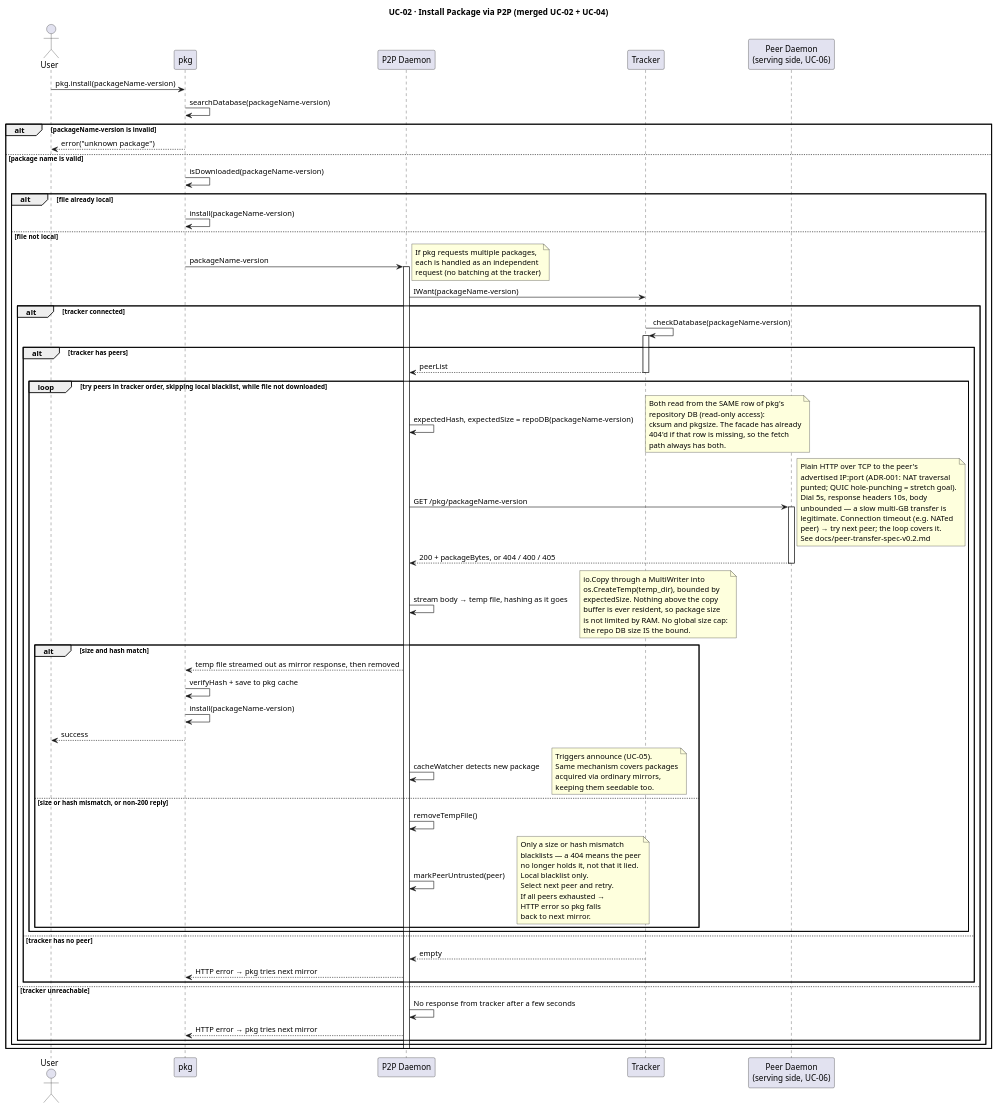
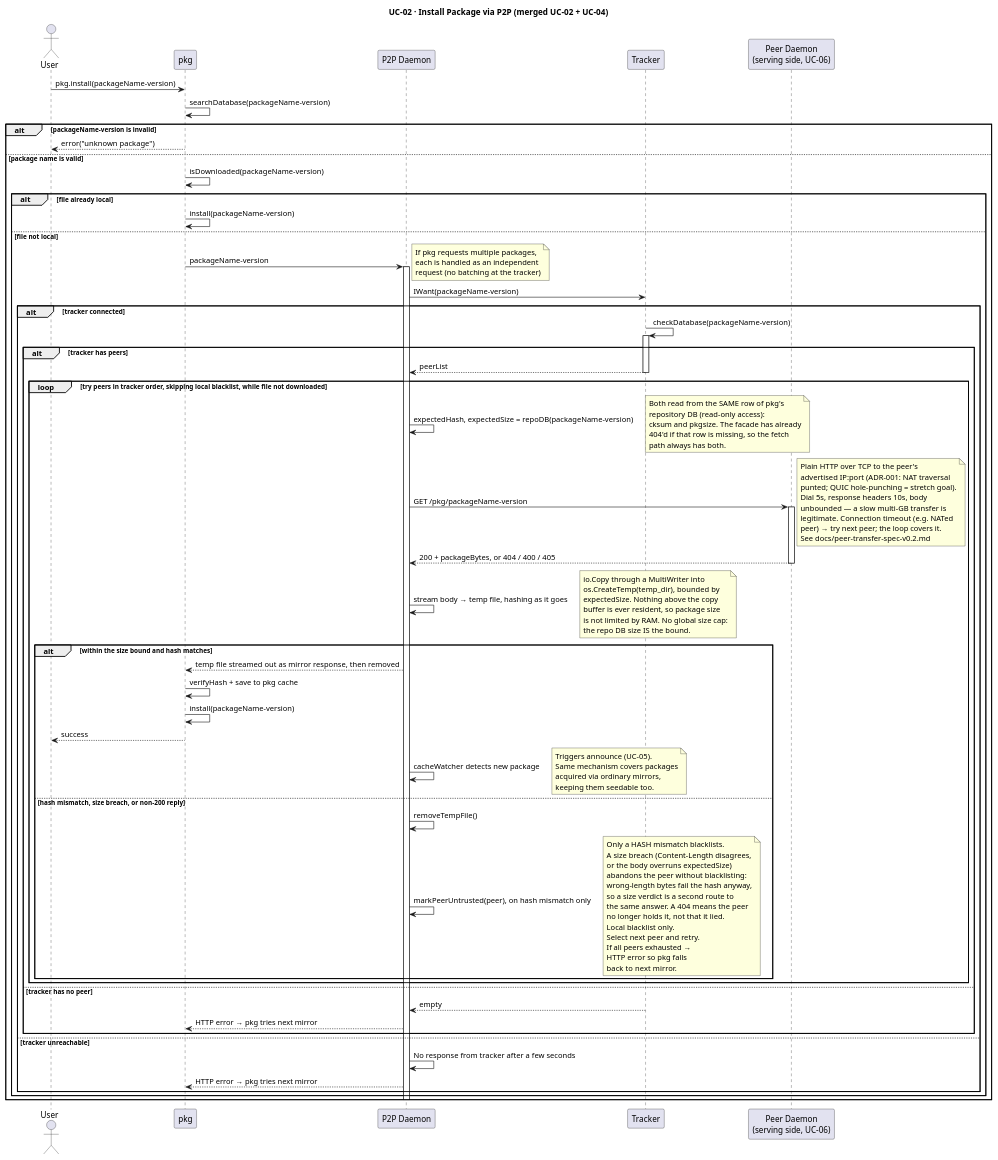
The diagram in docs/uc-02.puml (ndrew222/p2p-pkg-daemon), drawn with PlantUML before and after one commit. The commit also changed 2 other files, not shown here.

```diff
--- a/docs/uc-02.puml
+++ b/docs/uc-02.puml
@@ -1,78 +1,78 @@
 @startuml
 title UC-02 · Install Package via P2P (merged UC-02 + UC-04)
 
 actor User
 participant pkg
 participant "P2P Daemon" as Daemon
 participant "Tracker" as Tracker
 participant "Peer Daemon\n(serving side, UC-06)" as Peer
 
 User -> pkg: pkg.install(packageName-version)
 
 pkg -> pkg: searchDatabase(packageName-version)
 
 alt packageName-version is invalid
     pkg --> User : error("unknown package")
 
 else package name is valid
     pkg -> pkg: isDownloaded(packageName-version)
 
     alt file already local
         pkg -> pkg: install(packageName-version)
 
     else file not local
         pkg -> Daemon: packageName-version
         note right : If pkg requests multiple packages,\neach is handled as an independent\nrequest (no batching at the tracker)
 
         activate Daemon
         Daemon -> Tracker: IWant(packageName-version)
 
         alt tracker connected
             Tracker -> Tracker: checkDatabase(packageName-version)
             activate Tracker
             alt tracker has peers
                 Tracker --> Daemon: peerList
                 deactivate Tracker
 
                 loop try peers in tracker order, skipping local blacklist, while file not downloaded
                 Daemon -> Daemon : expectedHash, expectedSize = repoDB(packageName-version)
                 note right : Both read from the SAME row of pkg's\nrepository DB (read-only access):\ncksum and pkgsize. The facade has already\n404'd if that row is missing, so the fetch\npath always has both.
 
                 Daemon -> Peer : GET /pkg/packageName-version
                 note right : Plain HTTP over TCP to the peer's\nadvertised IP:port (ADR-001: NAT traversal\npunted; QUIC hole-punching = stretch goal).\nDial 5s, response headers 10s, body\nunbounded — a slow multi-GB transfer is\nlegitimate. Connection timeout (e.g. NATed\npeer) → try next peer; the loop covers it.\nSee docs/peer-transfer-spec-v0.2.md
                 activate Peer
                 Peer --> Daemon : 200 + packageBytes, or 404 / 400 / 405
                 deactivate Peer
 
                 Daemon -> Daemon : stream body → temp file, hashing as it goes
                 note right : io.Copy through a MultiWriter into\nos.CreateTemp(temp_dir), bounded by\nexpectedSize. Nothing above the copy\nbuffer is ever resident, so package size\nis not limited by RAM. No global size cap:\nthe repo DB size IS the bound.
 
-                alt size and hash match
+                alt within the size bound and hash matches
                 Daemon --> pkg : temp file streamed out as mirror response, then removed
                 pkg -> pkg : verifyHash + save to pkg cache
                 pkg -> pkg : install(packageName-version)
                 pkg --> User : success
 
                 Daemon -> Daemon : cacheWatcher detects new package
                 note right : Triggers announce (UC-05).\nSame mechanism covers packages\nacquired via ordinary mirrors,\nkeeping them seedable too.
 
-                else size or hash mismatch, or non-200 reply
+                else hash mismatch, size breach, or non-200 reply
                 Daemon -> Daemon : removeTempFile()
-                Daemon -> Daemon : markPeerUntrusted(peer)
-                note right : Only a size or hash mismatch\nblacklists — a 404 means the peer\nno longer holds it, not that it lied.\nLocal blacklist only.\nSelect next peer and retry.\nIf all peers exhausted →\nHTTP error so pkg falls\nback to next mirror.
+                Daemon -> Daemon : markPeerUntrusted(peer), on hash mismatch only
+                note right : Only a HASH mismatch blacklists.\nA size breach (Content-Length disagrees,\nor the body overruns expectedSize)\nabandons the peer without blacklisting:\nwrong-length bytes fail the hash anyway,\nso a size verdict is a second route to\nthe same answer. A 404 means the peer\nno longer holds it, not that it lied.\nLocal blacklist only.\nSelect next peer and retry.\nIf all peers exhausted →\nHTTP error so pkg falls\nback to next mirror.
                 end
                 end
 
             else tracker has no peer
                 Tracker --> Daemon: empty
                 deactivate Tracker
                 Daemon --> pkg : HTTP error → pkg tries next mirror
             end
         else tracker unreachable
             Daemon -> Daemon : No response from tracker after a few seconds
             Daemon --> pkg : HTTP error → pkg tries next mirror
         end
     end
 deactivate Daemon
 end
 @enduml
```
